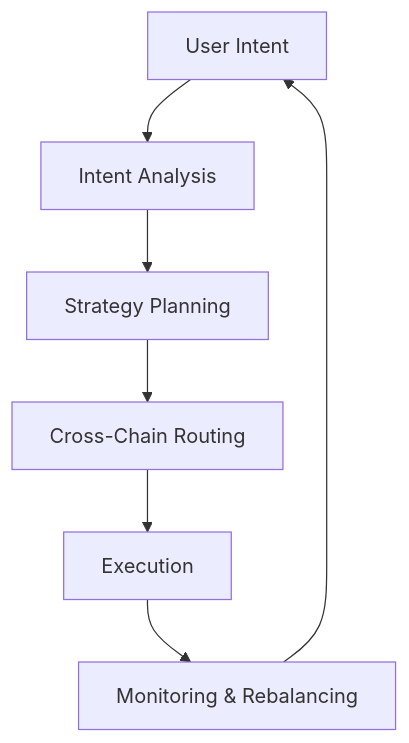
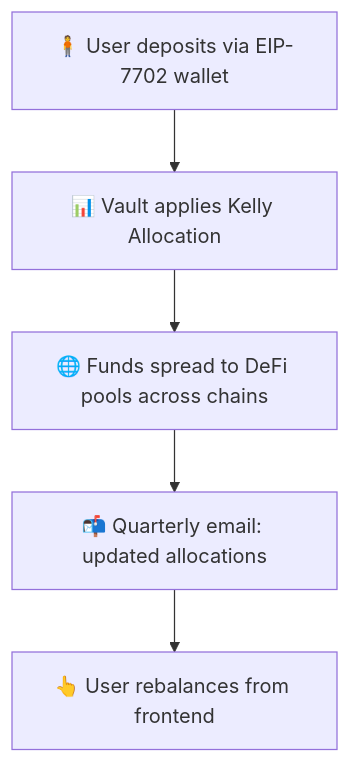
Before and after one commit to zapPilot/docs: the diagram in docs/how-it-works/index.md, drawn with Mermaid. The commit also changed other lines of this file and 5 other files, not shown here.

````diff
--- a/docs/how-it-works/index.md
+++ b/docs/how-it-works/index.md
@@ -26,9 +59,7 @@
 ```mermaid
 graph TD
-    A[User Intent] --> B[Intent Analysis]
-    B --> C[Strategy Planning]
-    C --> D[Cross-Chain Routing]
-    D --> E[Execution]
-    E --> F[Monitoring & Rebalancing]
-    F --> A
+  A[🧍 User deposits via EIP-7702 wallet] --> B[📊 Vault applies Kelly Allocation]
+  B --> C[🌐 Funds spread to DeFi pools across chains]
+  C --> D[📬 Quarterly email: updated allocations]
+  D --> E[👆 User rebalances from frontend]
 ```
````
